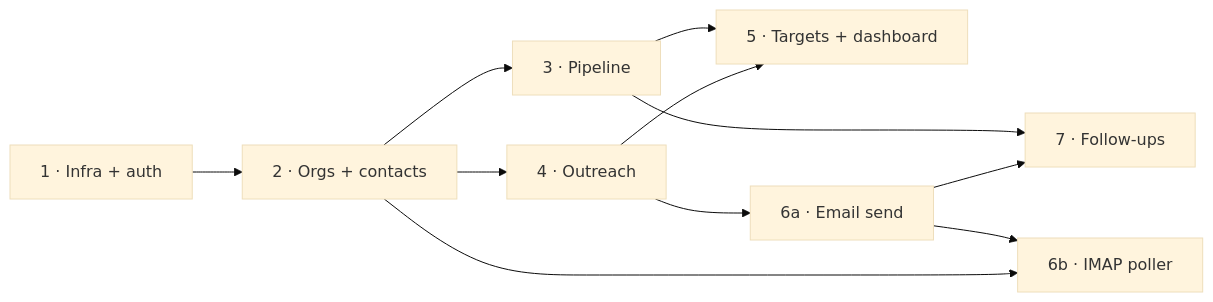
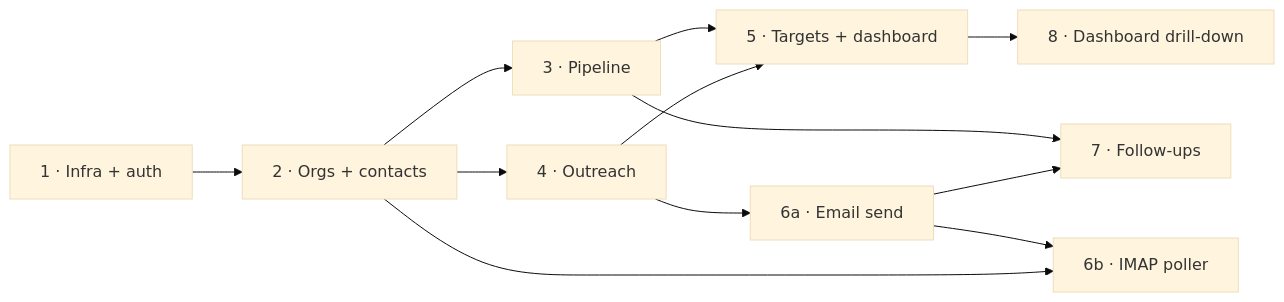
One commit to saastabp/speaker-tracker changed the diagram in docs/DEV-PLAN.md. Above: the diagram before and after it, drawn with Mermaid (base theme). The commit also changed other lines of this file and 23 other files, not shown here.

````diff
--- a/docs/DEV-PLAN.md
+++ b/docs/DEV-PLAN.md
@@ -407,13 +431,14 @@
 ```mermaid
 flowchart LR
     S1["1 · Infra + auth"] --> S2["2 · Orgs + contacts"]
     S2 --> S3["3 · Pipeline"]
     S2 --> S4["4 · Outreach"]
     S3 --> S5["5 · Targets + dashboard"]
     S4 --> S5
     S4 --> S6A["6a · Email send"]
     S6A --> S6B["6b · IMAP poller"]
     S2 --> S6B
     S3 --> S7["7 · Follow-ups"]
     S6A --> S7
+    S5 --> S8["8 · Dashboard drill-down"]
 ```
````
